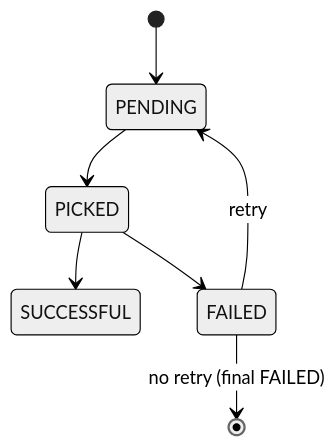
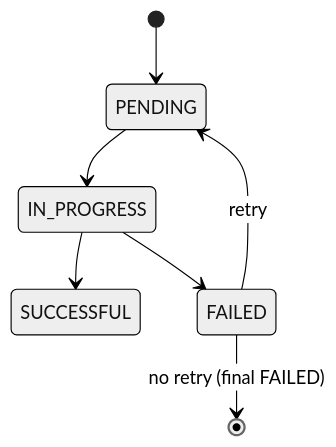
The third of 3 diagrams in documentation/explanation/webhook-retry-logic.md (hook0/hook0), drawn with Mermaid (neutral theme) before and after one commit. The commit also changed other lines of this file and 26 other files, not shown here.

````diff
--- a/documentation/explanation/webhook-retry-logic.md
+++ b/documentation/explanation/webhook-retry-logic.md
@@ -93,9 +98,9 @@
 ```mermaid
 stateDiagram-v2
     [*] --> PENDING
-    PENDING --> PICKED
-    PICKED --> SUCCESSFUL
-    PICKED --> FAILED
+    PENDING --> IN_PROGRESS
+    IN_PROGRESS --> SUCCESSFUL
+    IN_PROGRESS --> FAILED
     FAILED --> PENDING : retry
     FAILED --> [*] : no retry (final FAILED)
 ```
````
